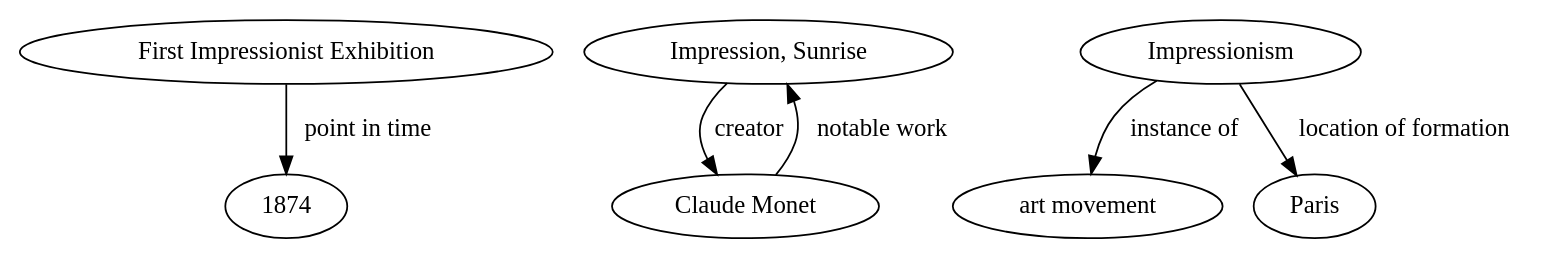
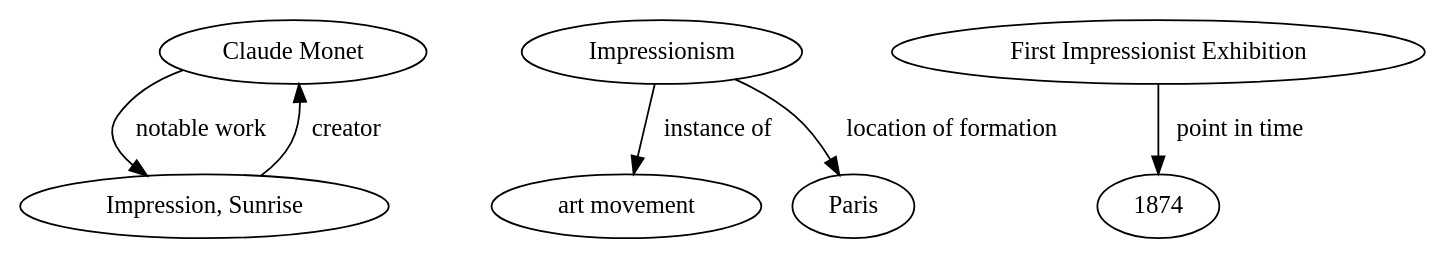
The diagram in param-search/graphs/rebel/sent/3/Impressionism.dot (N-Shimoda/KG-MCQA), drawn with Graphviz before and after one commit. The commit also changed other lines of this file and 67 other files, not shown here.

```diff
--- a/param-search/graphs/rebel/sent/3/Impressionism.dot
+++ b/param-search/graphs/rebel/sent/3/Impressionism.dot
@@ -1,17 +1,17 @@
 digraph RDFGraph {
 	// Nodes
-	"First Impressionist Exhibition";
+	"Claude Monet";
 	"Impression, Sunrise";
 	"Impressionism";
-	"Claude Monet";
+	"First Impressionist Exhibition";
+	"art movement";
 	"1874";
-	"art movement";
 	"Paris";
 
 	// Edges
+	"Impressionism" -> "art movement" [label="instance of"];
 	"Impressionism" -> "Paris" [label="location of formation"];
-	"Impressionism" -> "art movement" [label="instance of"];
+	"Impression, Sunrise" -> "Claude Monet" [label="creator"];
 	"First Impressionist Exhibition" -> "1874" [label="point in time"];
-	"Impression, Sunrise" -> "Claude Monet" [label="creator"];
 	"Claude Monet" -> "Impression, Sunrise" [label="notable work"];
 }
```
